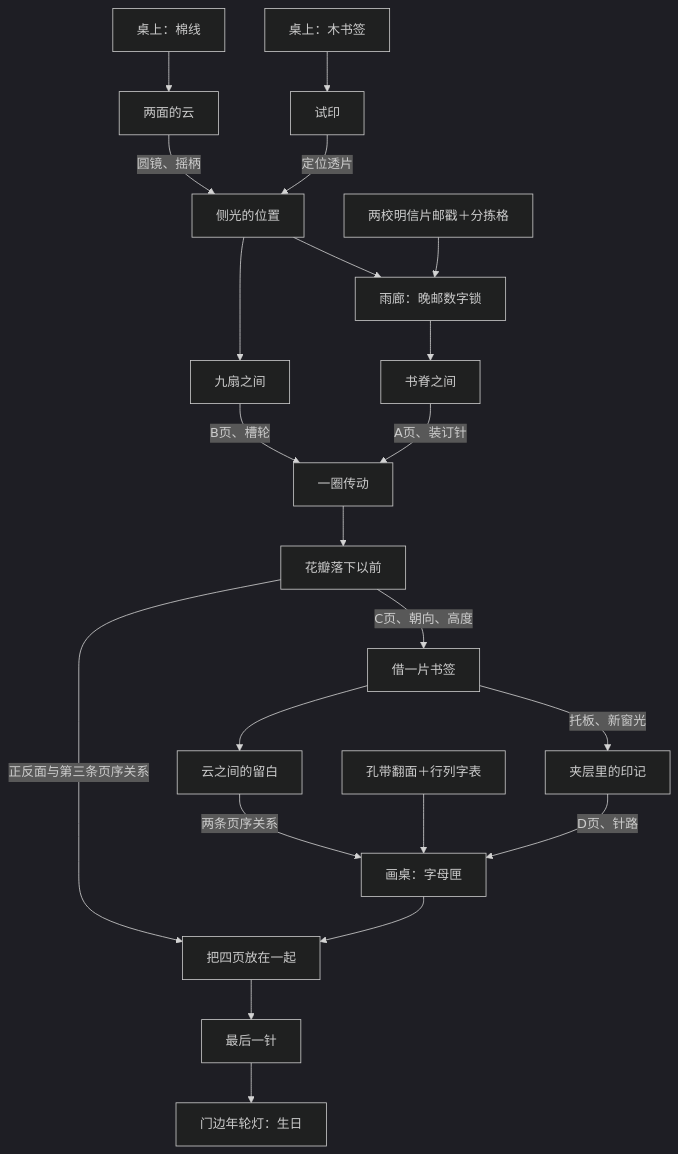
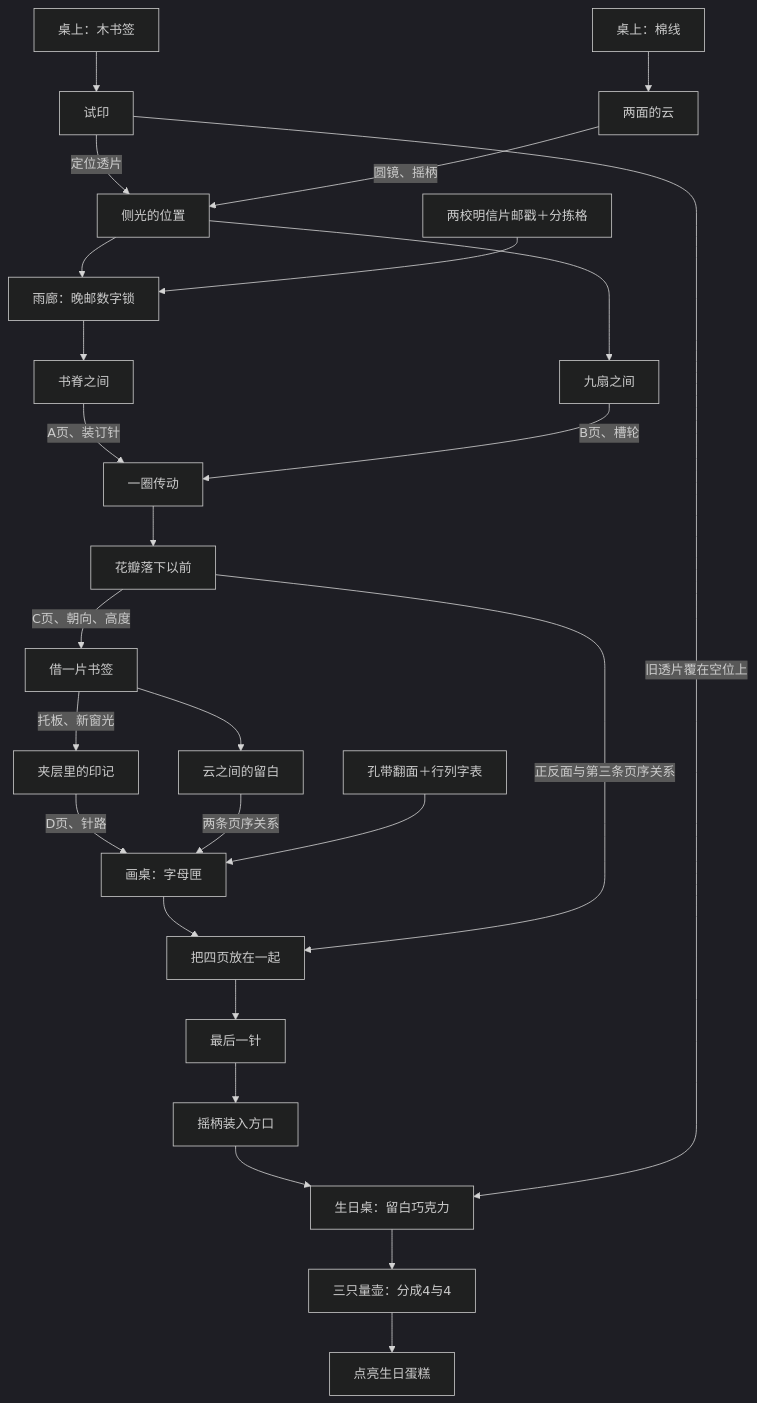
The diagram in docs/puzzle-design.md (liu2024whu-bit/smallgame), drawn with Mermaid (dark theme) before and after one commit. The commit also changed other lines of this file and 97 other files, not shown here.

````diff
--- a/docs/puzzle-design.md
+++ b/docs/puzzle-design.md
@@ -7,24 +7,28 @@
 ```mermaid
 flowchart TD
     W[桌上：木书签] --> P[试印]
     T[桌上：棉线] --> C[两面的云]
     P -->|定位透片| L[侧光的位置]
     C -->|圆镜、摇柄| L
     L --> N[雨廊：晚邮数字锁]
     PM[两校明信片邮戳＋分拣格] --> N
     N --> B[书脊之间]
     L --> S[九扇之间]
     B -->|A页、装订针| R[一圈传动]
     S -->|B页、槽轮| R
     R --> F[花瓣落下以前]
     F -->|C页、朝向、高度| H[借一片书签]
     H -->|托板、新窗光| PB[夹层里的印记]
     H --> CG[云之间的留白]
     PB -->|D页、针路| K[画桌：字母匣]
     CG -->|两条页序关系| K
     CS[孔带翻面＋行列字表] --> K
     K --> A[把四页放在一起]
     F -->|正反面与第三条页序关系| A
     A --> ST[最后一针]
-    ST --> E[门边年轮灯：生日]
+    ST --> HD[摇柄装入方口]
+    HD --> CH[生日桌：留白巧克力]
+    P -->|旧透片覆在空位上| CH
+    CH --> CO[三只量壶：分成4与4]
+    CO --> E[点亮生日蛋糕]
 ```
````
